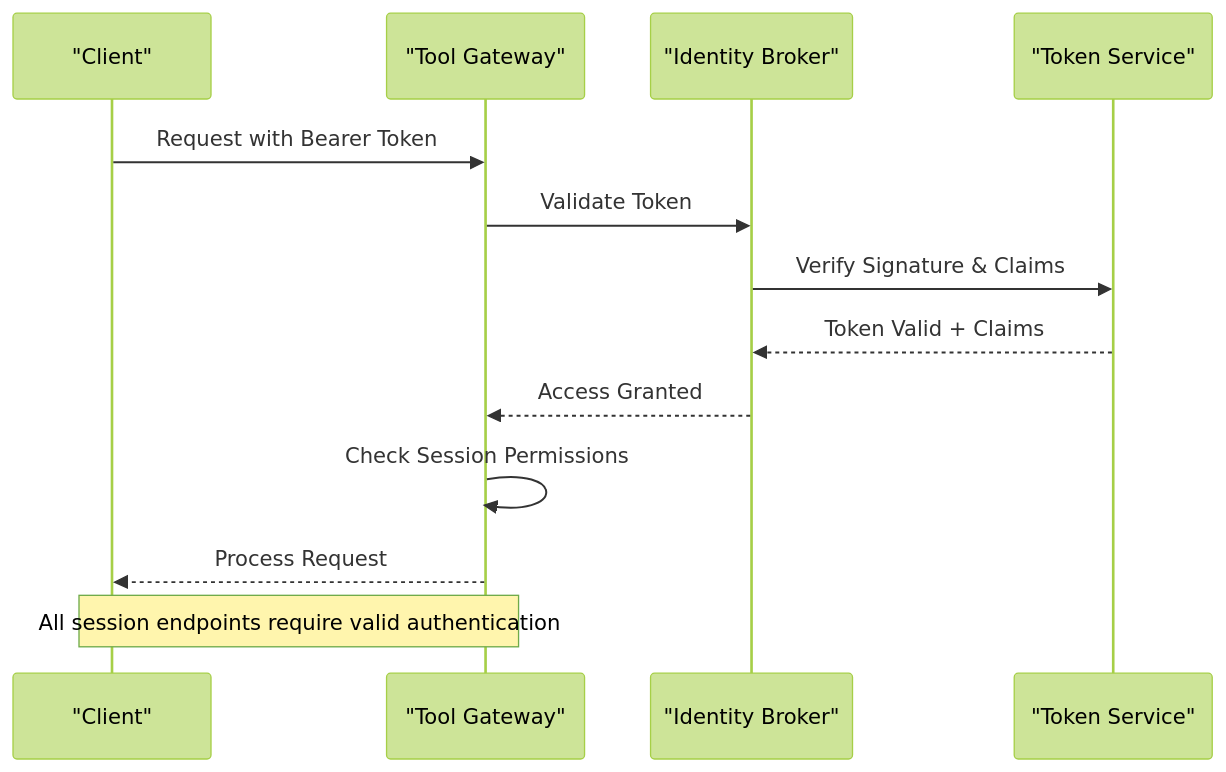
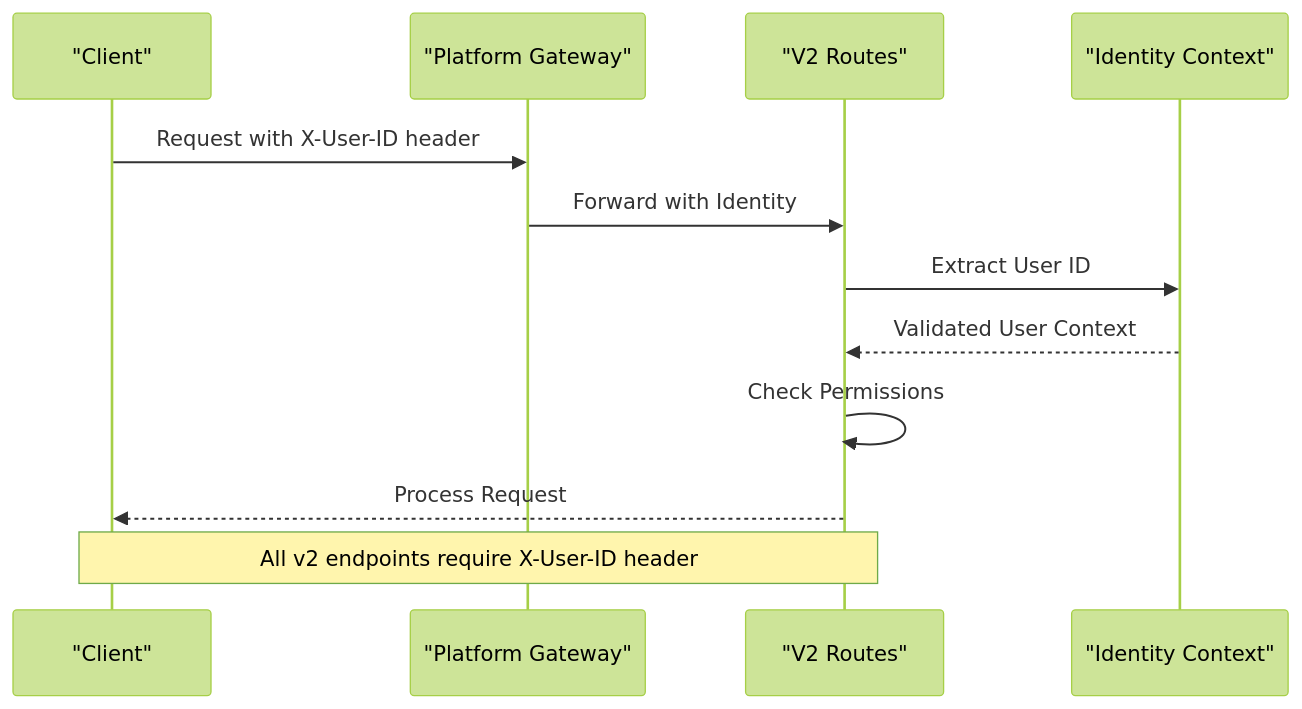
One commit to metasync/luban-aiops changed the sixth of 10 diagrams in .qoder/repowiki/en/content/API Reference/Agent Platform API/Session Management API.md. Above: the diagram before and after it, drawn with Mermaid (forest theme). The commit also changed other lines of this file and 43 other files, not shown here.

````diff
--- a/.qoder/repowiki/en/content/API Reference/Agent Platform API/Session Management API.md
+++ b/.qoder/repowiki/en/content/API Reference/Agent Platform API/Session Management API.md
@@ -343,15 +349,14 @@
 ```mermaid
 sequenceDiagram
 participant Client as "Client"
-participant Gateway as "Tool Gateway"
-participant Auth as "Identity Broker"
-participant TokenSvc as "Token Service"
-Client->>Gateway : Request with Bearer Token
-Gateway->>Auth : Validate Token
-Auth->>TokenSvc : Verify Signature & Claims
-TokenSvc-->>Auth : Token Valid + Claims
-Auth-->>Gateway : Access Granted
-Gateway->>Gateway : Check Session Permissions
-Gateway-->>Client : Process Request
-Note over Client,Gateway : All session endpoints require valid authentication
+participant Gateway as "Platform Gateway"
+participant V2Routes as "V2 Routes"
+participant Identity as "Identity Context"
+Client->>Gateway : Request with X-User-ID header
+Gateway->>V2Routes : Forward with Identity
+V2Routes->>Identity : Extract User ID
+Identity-->>V2Routes : Validated User Context
+V2Routes->>V2Routes : Check Permissions
+V2Routes-->>Client : Process Request
+Note over Client,V2Routes : All v2 endpoints require X-User-ID header
 ```
````
